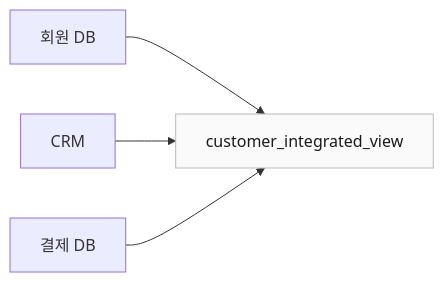
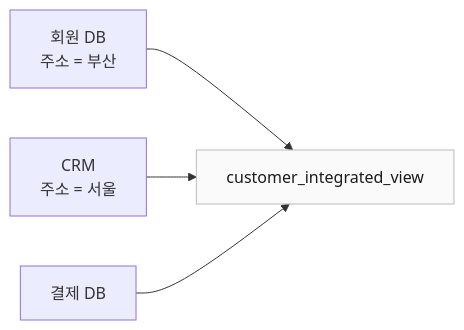
Diagram 16 of 25 in 모던 데이터 아키텍처/18장. 마스터 데이터 관리.md (i31pc17/bitbook), drawn with Mermaid before and after one commit. The commit also changed other lines of this file, not shown here.

````diff
--- a/모던 데이터 아키텍처/18장. 마스터 데이터 관리.md
+++ b/모던 데이터 아키텍처/18장. 마스터 데이터 관리.md
@@ -1101,8 +1130,8 @@
 ```mermaid
 flowchart LR
-    M["회원 DB"] --> V["customer_integrated_view"]
-    C["CRM"] --> V
+    M["회원 DB<br/>주소 = 부산"] --> V["customer_integrated_view"]
+    C["CRM<br/>주소 = 서울"] --> V
     P["결제 DB"] --> V
 
     style V fill:#fafafa,stroke:#bbb,color:#1a1a1a
 ```
````
